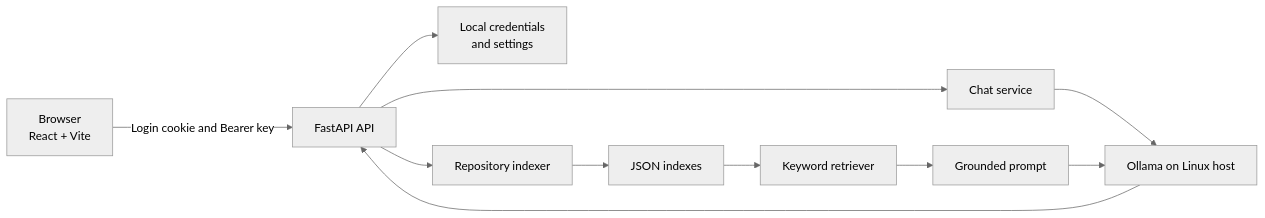
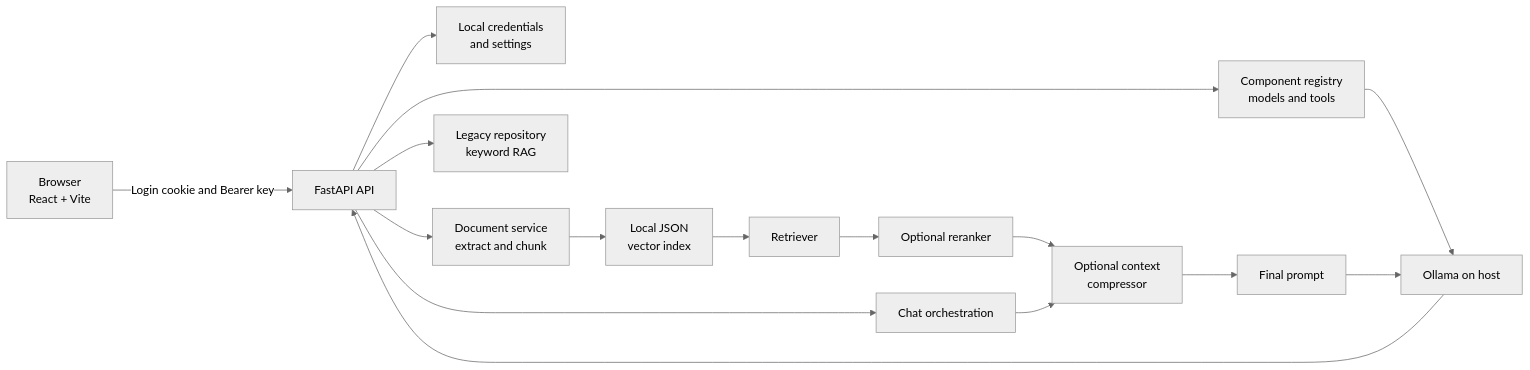
One commit to Jn527fd/local-ai-coding-assistant changed the diagram in README.md. Above: the diagram before and after it, drawn with Mermaid (neutral theme). The commit also changed other lines of this file, not shown here.

````diff
--- a/README.md
+++ b/README.md
@@ -119,13 +141,18 @@
 ```mermaid
 flowchart LR
     Browser["Browser<br/>React + Vite"] -->|"Login cookie and Bearer key"| API["FastAPI API"]
     API --> Auth["Local credentials<br/>and settings"]
-    API --> Chat["Chat service"]
-    API --> Indexer["Repository indexer"]
-    Indexer --> Index["JSON indexes"]
-    Index --> Retriever["Keyword retriever"]
-    Retriever --> Prompt["Grounded prompt"]
-    Chat --> Ollama["Ollama on Linux host"]
+    API --> Components["Component registry<br/>models and tools"]
+    API --> Chat["Chat orchestration"]
+    API --> Documents["Document service<br/>extract and chunk"]
+    Documents --> VectorIndex["Local JSON<br/>vector index"]
+    VectorIndex --> Retriever["Retriever"]
+    Retriever --> Reranker["Optional reranker"]
+    Reranker --> Compressor["Optional context<br/>compressor"]
+    Chat --> Compressor
+    Compressor --> Prompt["Final prompt"]
+    Components --> Ollama["Ollama on host"]
     Prompt --> Ollama
+    API --> RepoIndexer["Legacy repository<br/>keyword RAG"]
     Ollama --> API
 ```
````
